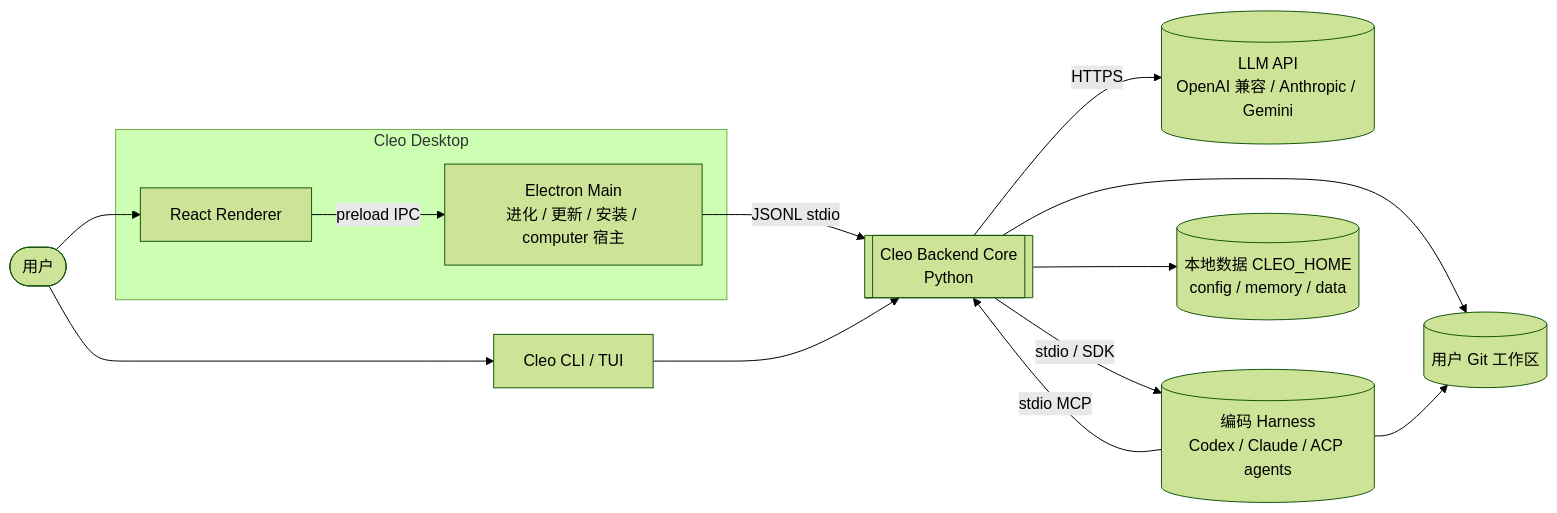
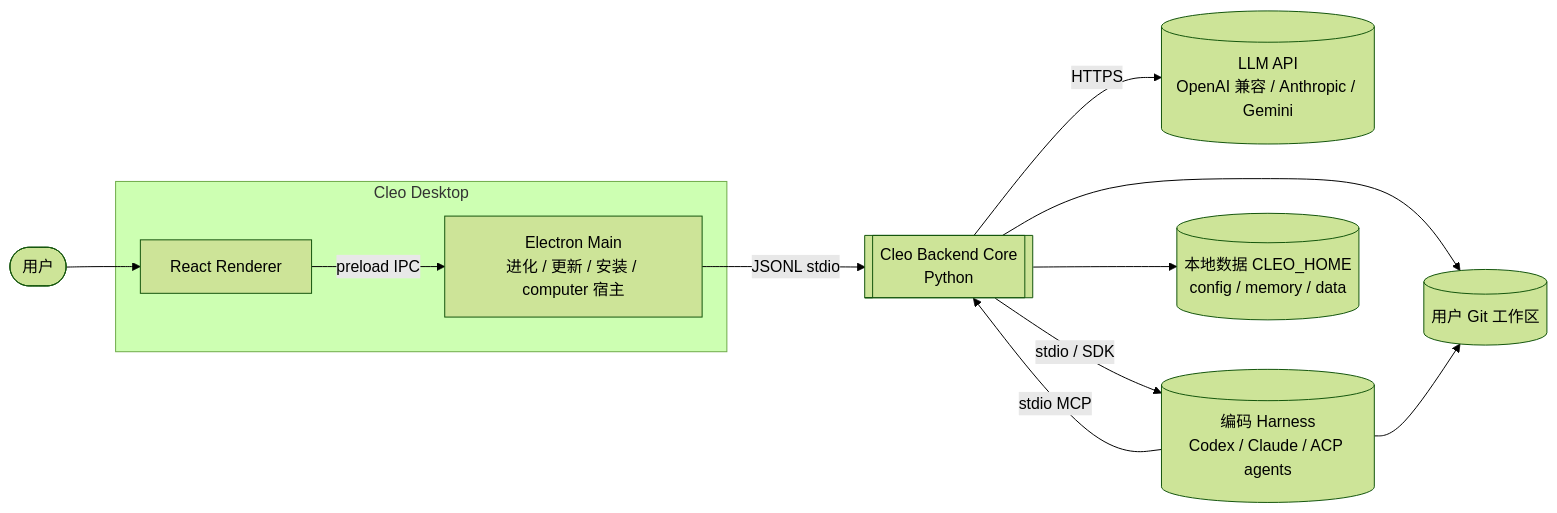
The first of 18 diagrams in docs/refactor/BACKEND_ARCHITECTURE_V2.md (StDoses72/Cleo-AI-agent), drawn with Mermaid (forest theme) before and after one commit. The commit also changed other lines of this file and 62 other files, not shown here.

````diff
--- a/docs/refactor/BACKEND_ARCHITECTURE_V2.md
+++ b/docs/refactor/BACKEND_ARCHITECTURE_V2.md
@@ -55,26 +55,23 @@
 ```mermaid
 flowchart LR
     user([用户])
     subgraph desktop[Cleo Desktop]
         renderer[React Renderer]
         electron[Electron Main<br/>进化 / 更新 / 安装 / computer 宿主]
     end
-    cli[Cleo CLI / TUI]
     core[[Cleo Backend Core<br/>Python]]
     llm[(LLM API<br/>OpenAI 兼容 / Anthropic / Gemini)]
     harness[(编码 Harness<br/>Codex / Claude / ACP agents)]
     fs[(本地数据 CLEO_HOME<br/>config / memory / data)]
     git[(用户 Git 工作区)]
 
     user --> renderer
-    user --> cli
     renderer -- preload IPC --> electron
     electron -- JSONL stdio --> core
-    cli --> core
     core -- HTTPS --> llm
     core -- stdio / SDK --> harness
     harness -- stdio MCP --> core
     core --> fs
     core --> git
     harness --> git
 ```
````
